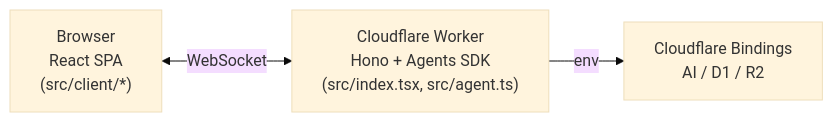
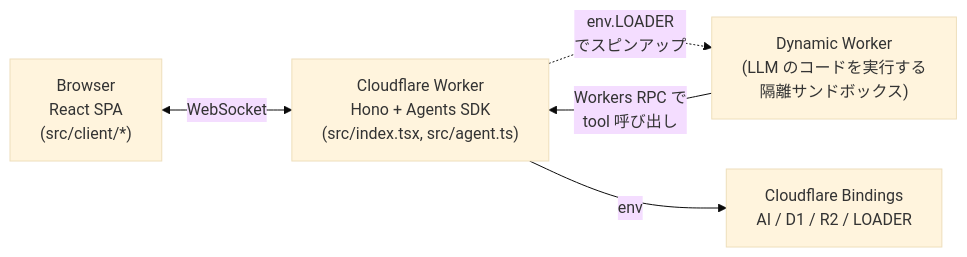
The first of 5 diagrams in README.md (yusukebe/generative-ui-playground), drawn with Mermaid (base theme) before and after one commit. The commit also changed other lines of this file and 11 other files, not shown here.

First line of the commit message:
refactor: Code Mode + Dynamic Worker + React に統一、ModeSelector 撤去

````diff
--- a/README.md
+++ b/README.md
@@ -49,9 +64,12 @@
 ```mermaid
 flowchart LR
   B["Browser<br/>React SPA<br/>(src/client/*)"]
   W["Cloudflare Worker<br/>Hono + Agents SDK<br/>(src/index.tsx, src/agent.ts)"]
-  D["Cloudflare Bindings<br/>AI / D1 / R2"]
+  S["Dynamic Worker<br/>(LLM のコードを実行する<br/>隔離サンドボックス)"]
+  D["Cloudflare Bindings<br/>AI / D1 / R2 / LOADER"]
 
   B <-->|WebSocket| W
+  W -.->|env.LOADER<br/>でスピンアップ| S
+  S -->|Workers RPC で<br/>tool 呼び出し| W
   W -->|env| D
 ```
````
